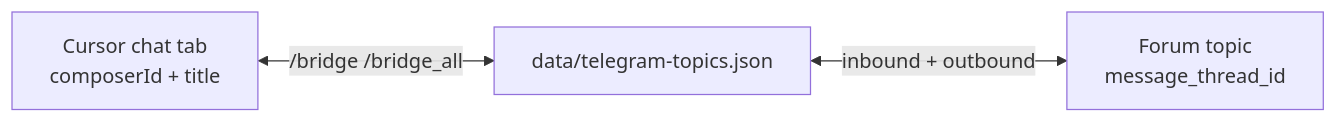
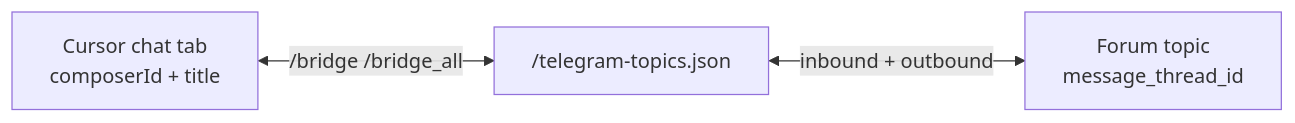
Before and after one commit to W1ldGodlike/CursorHandoff: the first of 2 diagrams in docs/telegram.md, drawn with Mermaid. The commit also changed other lines of this file and 30 other files, not shown here.

````diff
--- a/docs/telegram.md
+++ b/docs/telegram.md
@@ -19,9 +19,9 @@
 ```mermaid
 flowchart LR
   TAB["Cursor chat tab\ncomposerId + title"]
-  MAP["data/telegram-topics.json"]
+  MAP["<data-root>/telegram-topics.json"]
   TOPIC["Forum topic\nmessage_thread_id"]
 
   TAB <-->|/bridge /bridge_all| MAP
   MAP <-->|inbound + outbound| TOPIC
 ```
````
